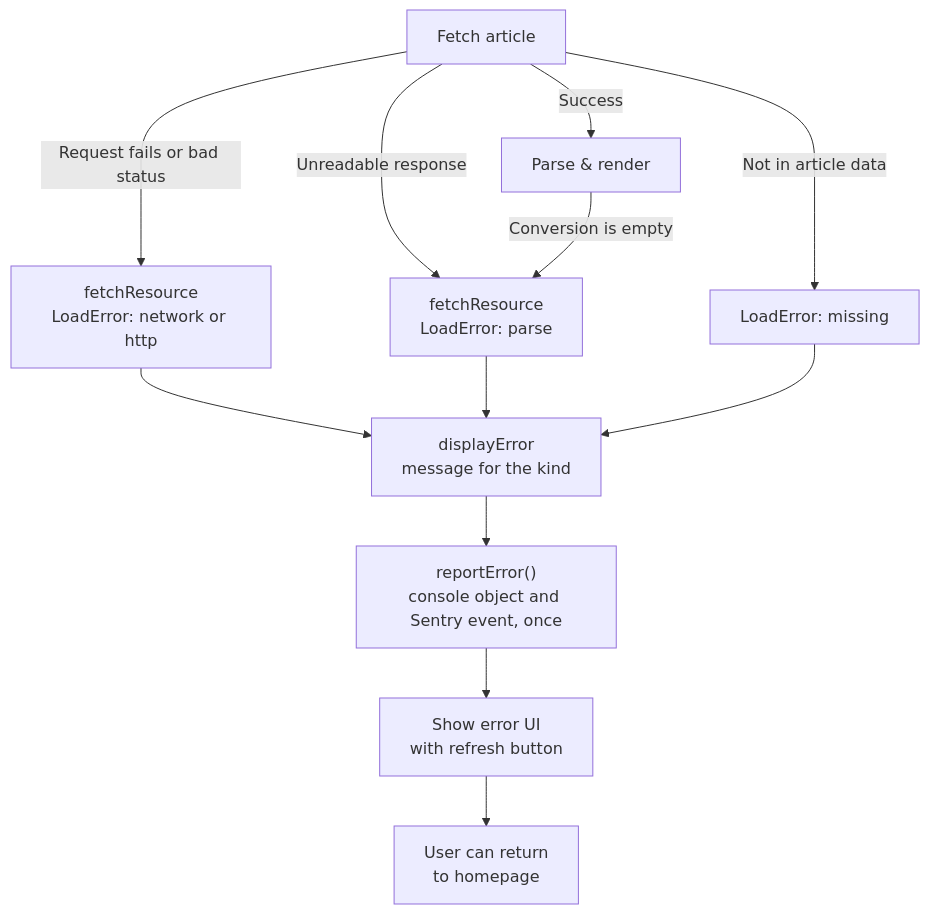
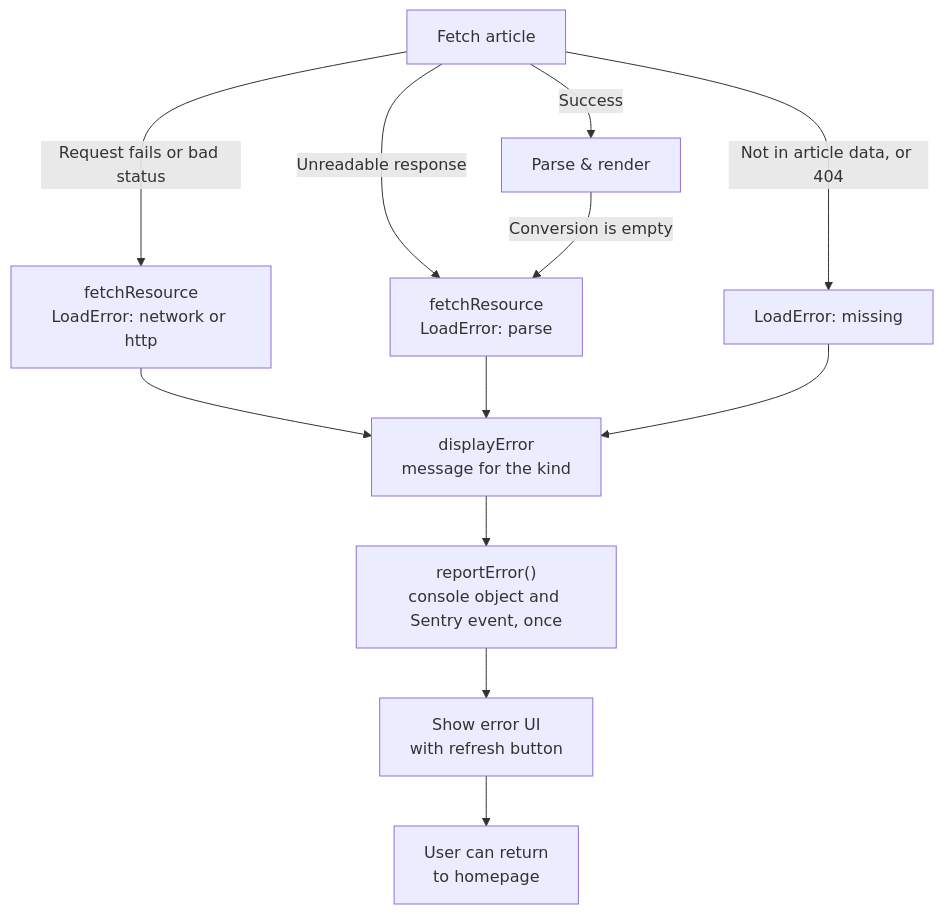
Before and after one commit to AlexJSully/Small-Dev-Talk: the fourth of 5 diagrams in docs/architecture/data-flow.md, drawn with Mermaid. The commit also changed other lines of this file and 8 other files, not shown here.

First line of the commit message:
Report the error displayError is given, map 404 to missing, and test real behaviour

````diff
--- a/docs/architecture/data-flow.md
+++ b/docs/architecture/data-flow.md
@@ -183,16 +183,16 @@
 ```mermaid
 flowchart TD
     accTitle: Error handling flow
-    accDescr: A failed or invalid fetch, a parse error, or a missing article becomes a LoadError with a kind. displayError passes it to reportError, which logs it to the console and reports it to Sentry once, then shows the message for the kind with a refresh button and lets the user return to the homepage.
+    accDescr: A failed or invalid fetch, a parse error, or a missing article or article file becomes a LoadError with a kind. displayError passes it to reportError, which logs it to the console and reports it to Sentry once, then shows the message for the kind with a refresh button and lets the user return to the homepage.
     A["Fetch article"] -->|Request fails or bad status| B["fetchResource<br/>LoadError: network or http"]
     A -->|Unreadable response| B2["fetchResource<br/>LoadError: parse"]
-    A -->|Not in article data| B3["LoadError: missing"]
+    A -->|Not in article data, or 404| B3["LoadError: missing"]
     A -->|Success| C["Parse & render"]
     C -->|Conversion is empty| B2
     B --> D["displayError<br/>message for the kind"]
     B2 --> D
     B3 --> D
     D --> E["reportError()<br/>console object and Sentry event, once"]
     E --> F["Show error UI<br/>with refresh button"]
     F --> G["User can return<br/>to homepage"]
 ```
````
